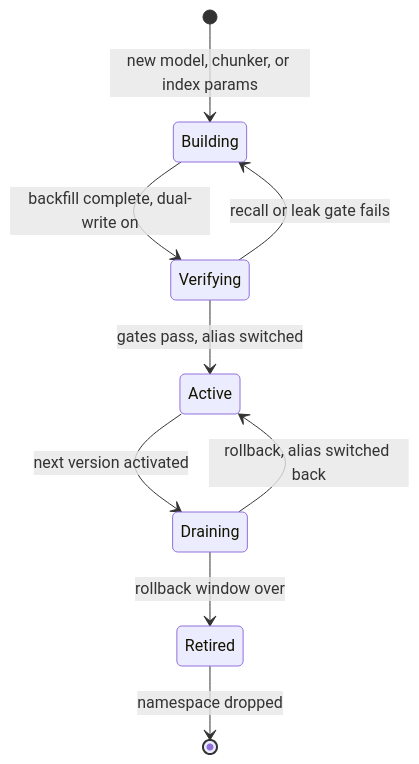
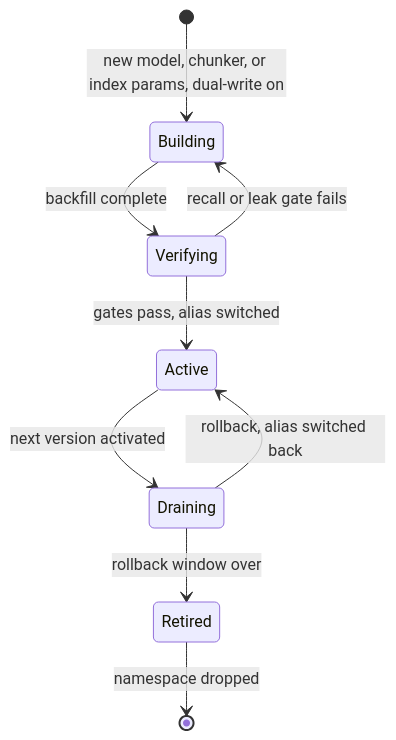
The second of 2 diagrams in book/chapters/09-vector-search-and-vector-databases.md (XayyamSadigov/ai-engineering-book), drawn with Mermaid before and after one commit. The commit also changed other lines of this file and 2 other files, not shown here.

First line of the commit message:
Edit Chapter 9 for clarity and teaching flow; iterative scan in hybrid search

````diff
--- a/book/chapters/09-vector-search-and-vector-databases.md
+++ b/book/chapters/09-vector-search-and-vector-databases.md
@@ -256,11 +264,11 @@
 ```mermaid
 stateDiagram-v2
-    [*] --> Building: new model, chunker, or index params
-    Building --> Verifying: backfill complete, dual-write on
+    [*] --> Building: new model, chunker, or index params, dual-write on
+    Building --> Verifying: backfill complete
     Verifying --> Building: recall or leak gate fails
     Verifying --> Active: gates pass, alias switched
     Active --> Draining: next version activated
     Draining --> Active: rollback, alias switched back
     Draining --> Retired: rollback window over
     Retired --> [*]: namespace dropped
 ```
````
